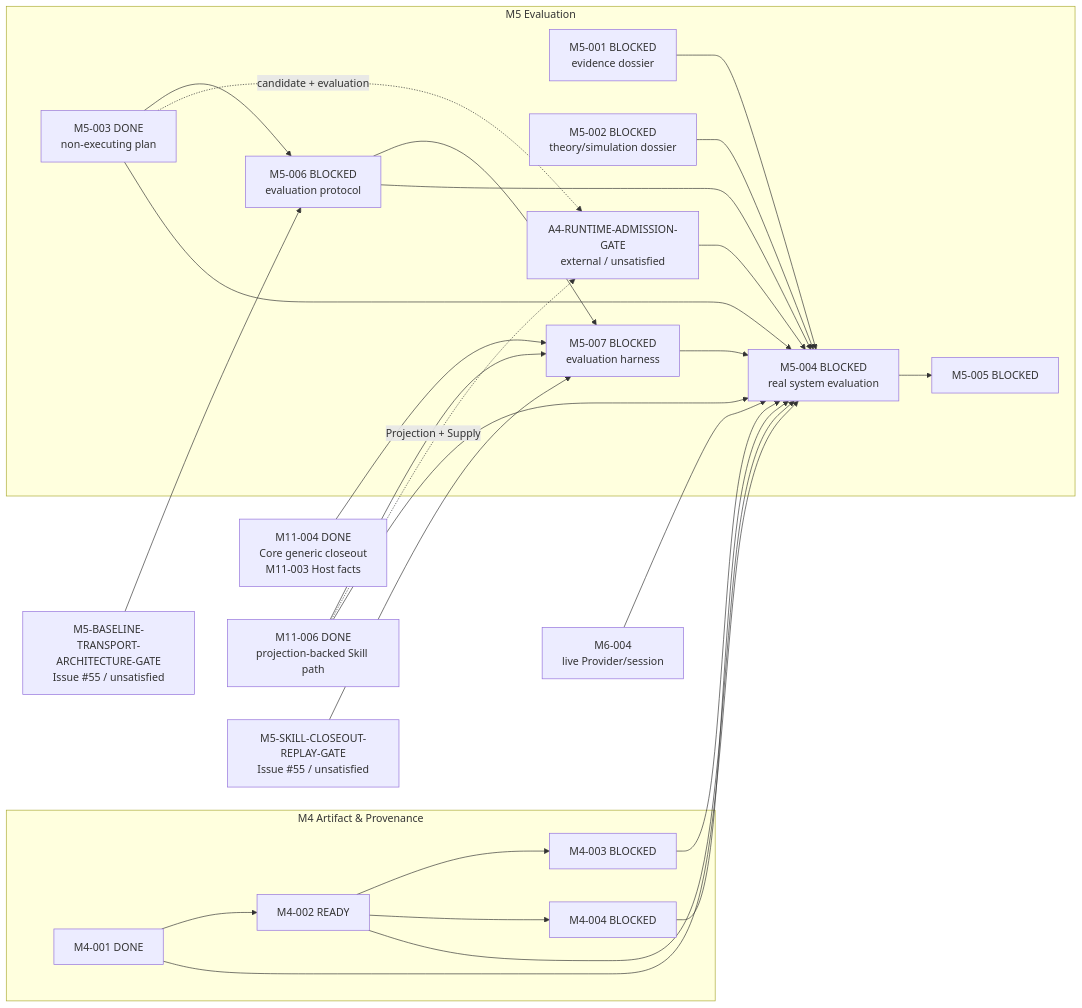
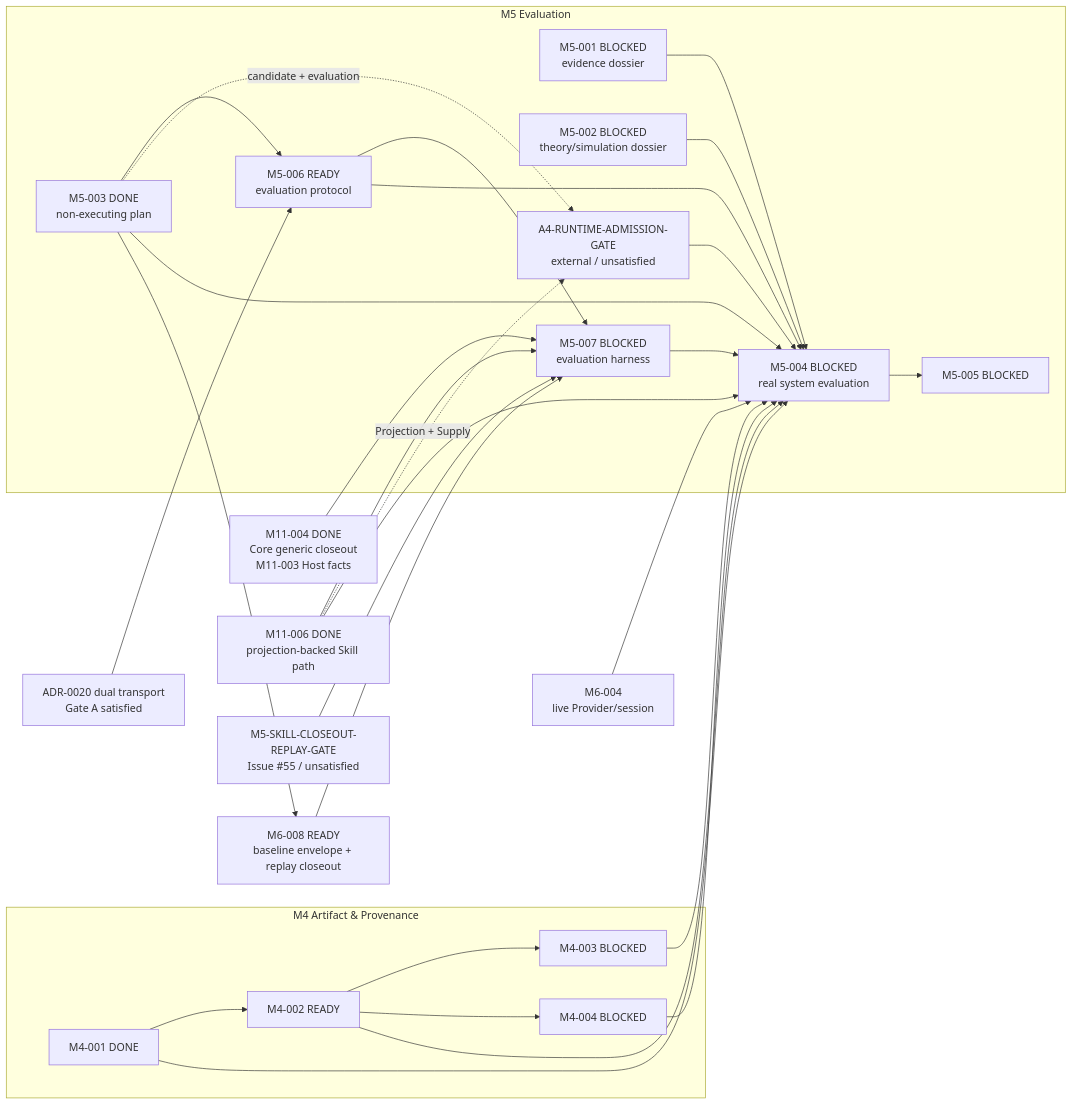
Before and after one commit to Chengyue-Lu/research-agent-workbench: the third of 4 diagrams in docs/M_SERIES_IMPLEMENTATION_MAP.md, drawn with Mermaid. The commit also changed other lines of this file and 11 other files, not shown here.

Commit message:
docs(phase-d): accept dual-transport evaluation entry

````diff
--- a/docs/M_SERIES_IMPLEMENTATION_MAP.md
+++ b/docs/M_SERIES_IMPLEMENTATION_MAP.md
@@ -92,33 +92,35 @@
 ```mermaid
 flowchart LR
     subgraph M4["M4 Artifact & Provenance"]
         M4001["M4-001 DONE"] --> M4002["M4-002 READY"]
         M4002 --> M4003["M4-003 BLOCKED"]
         M4002 --> M4004["M4-004 BLOCKED"]
     end
 
     subgraph M5["M5 Evaluation"]
         M5001["M5-001 BLOCKED<br/>evidence dossier"] --> M5004["M5-004 BLOCKED<br/>real system evaluation"]
         M5002["M5-002 BLOCKED<br/>theory/simulation dossier"] --> M5004
-        M5003["M5-003 DONE<br/>non-executing plan"] --> M5006["M5-006 BLOCKED<br/>evaluation protocol"]
+        M5003["M5-003 DONE<br/>non-executing plan"] --> M5006["M5-006 READY<br/>evaluation protocol"]
         M5006 --> M5007["M5-007 BLOCKED<br/>evaluation harness"]
         M5003 -. "candidate + evaluation" .-> A4G["A4-RUNTIME-ADMISSION-GATE<br/>external / unsatisfied"]
         A4G --> M5004
         M5003 --> M5004
         M5006 --> M5004
         M5007 --> M5004
         M5004 --> M5005["M5-005 BLOCKED"]
     end
 
     M4001 --> M5004
     M4002 --> M5004
     M4003 --> M5004
     M4004 --> M5004
-    BTG["M5-BASELINE-TRANSPORT-ARCHITECTURE-GATE<br/>Issue #55 / unsatisfied"] --> M5006
+    BTG["ADR-0020 dual transport<br/>Gate A satisfied"] --> M5006
+    M5003 --> M6008
+    M6008["M6-008 READY<br/>baseline envelope + replay closeout"] --> M5007
     M1104["M11-004 DONE<br/>Core generic closeout<br/>M11-003 Host facts"] --> M5007
     M1106["M11-006 DONE<br/>projection-backed Skill path"] --> M5007
     SCG["M5-SKILL-CLOSEOUT-REPLAY-GATE<br/>Issue #55 / unsatisfied"] --> M5007
     M1106 -. "Projection + Supply" .-> A4G
     M1106 --> M5004
     M6004["M6-004<br/>live Provider/session"] --> M5004
 ```
````
